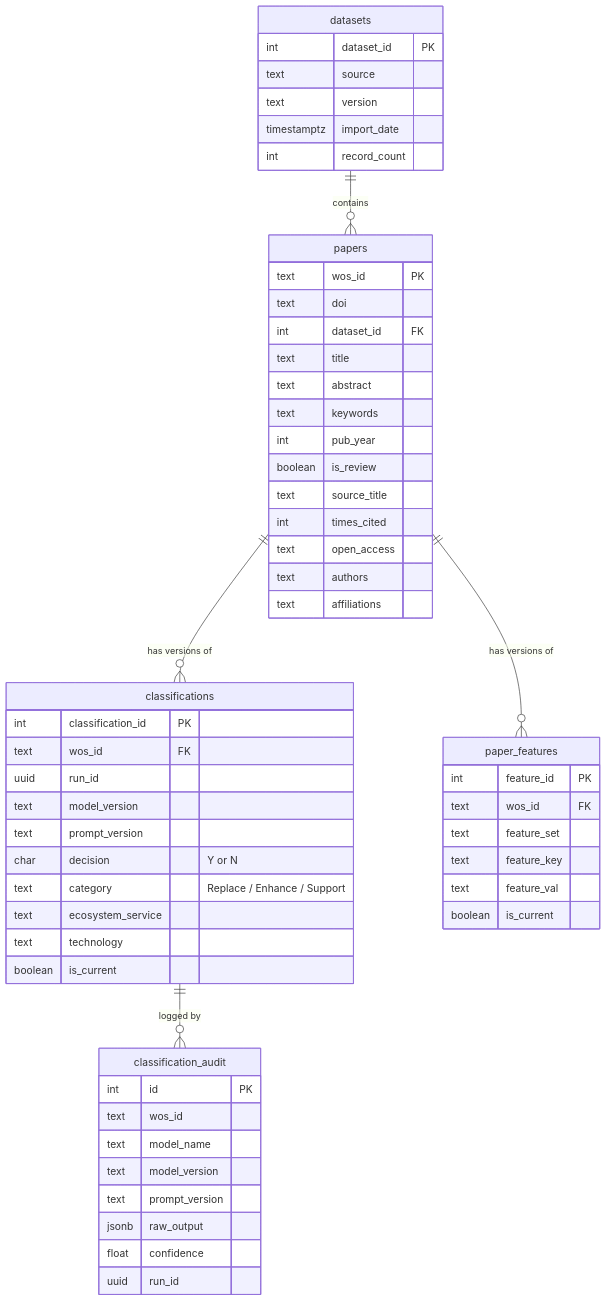
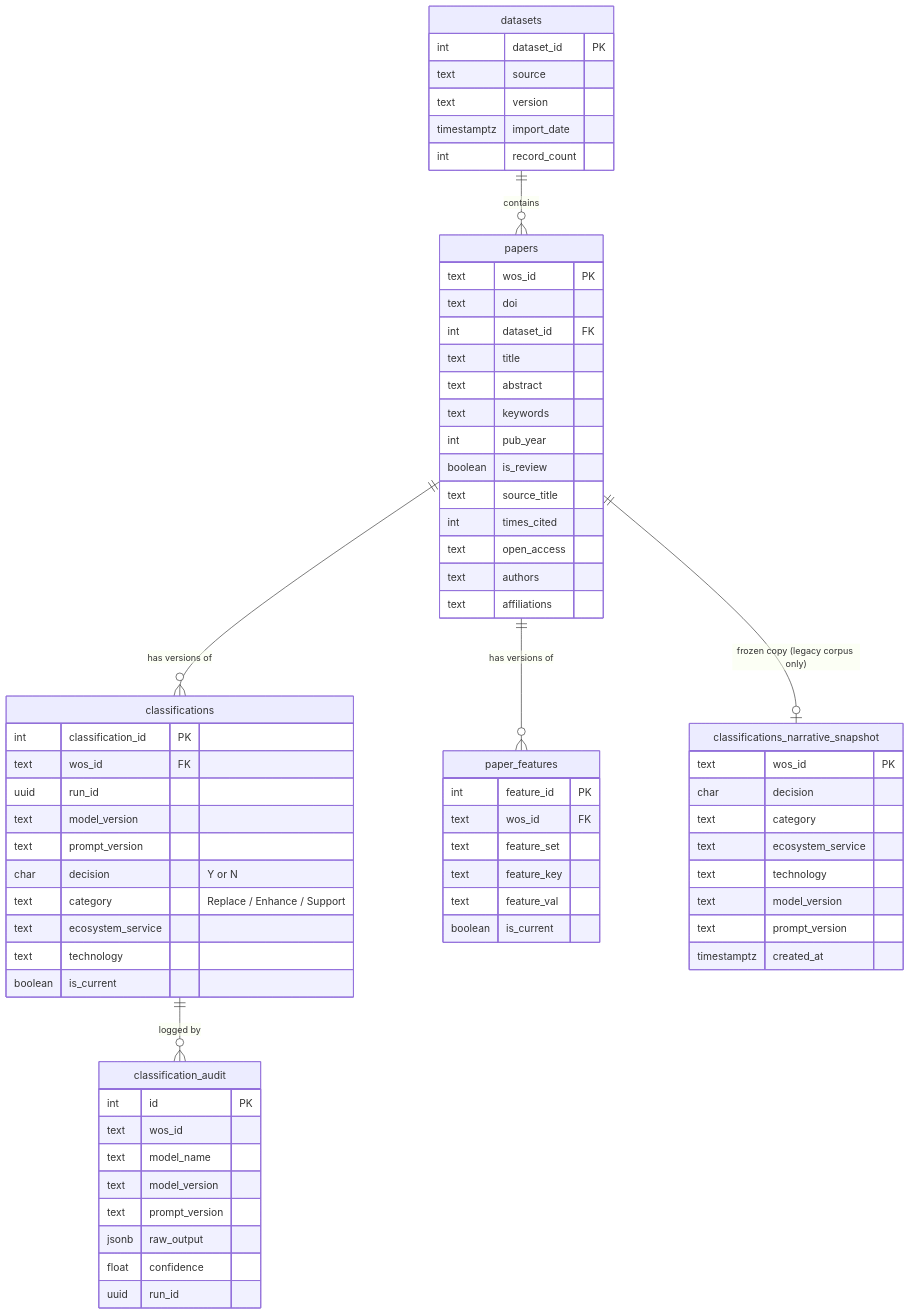
The second of 2 diagrams in docs/architecture.md (zhengyangl/Meco_Research_Platform_Production), drawn with Mermaid before and after one commit. The commit also changed other lines of this file, not shown here.

First line of the commit message:
Revise architecture documentation for clarity

````diff
--- a/docs/architecture.md
+++ b/docs/architecture.md
@@ -125,60 +129,71 @@
 ```mermaid
 erDiagram
     datasets ||--o{ papers : "contains"
     papers ||--o{ classifications : "has versions of"
     papers ||--o{ paper_features : "has versions of"
     classifications ||--o{ classification_audit : "logged by"
+    papers ||--o| classifications_narrative_snapshot : "frozen copy (legacy corpus only)"
 
     datasets {
         int dataset_id PK
         text source
         text version
         timestamptz import_date
         int record_count
     }
     papers {
         text wos_id PK
         text doi
         int dataset_id FK
         text title
         text abstract
         text keywords
         int pub_year
         boolean is_review
         text source_title
         int times_cited
         text open_access
         text authors
         text affiliations
     }
     classifications {
         int classification_id PK
         text wos_id FK
         uuid run_id
         text model_version
         text prompt_version
         char decision "Y or N"
         text category "Replace / Enhance / Support"
         text ecosystem_service
         text technology
         boolean is_current
     }
     paper_features {
         int feature_id PK
         text wos_id FK
         text feature_set
         text feature_key
         text feature_val
         boolean is_current
     }
     classification_audit {
         int id PK
         text wos_id
         text model_name
         text model_version
         text prompt_version
         jsonb raw_output
         float confidence
         uuid run_id
     }
+    classifications_narrative_snapshot {
+        text wos_id PK
+        char decision
+        text category
+        text ecosystem_service
+        text technology
+        text model_version
+        text prompt_version
+        timestamptz created_at
+    }
 ```
````
